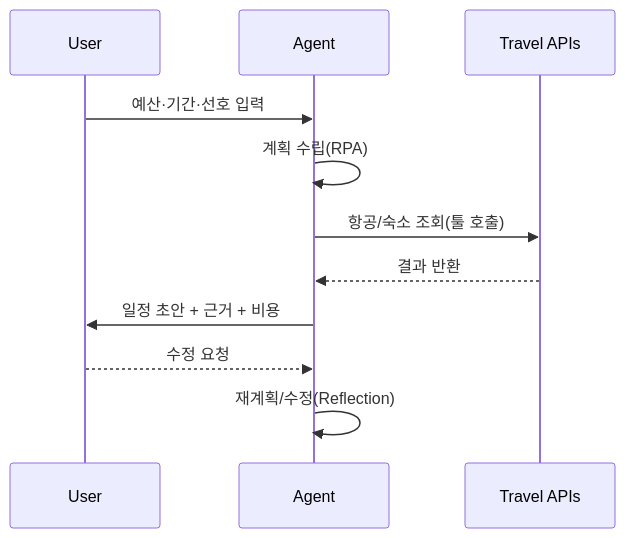
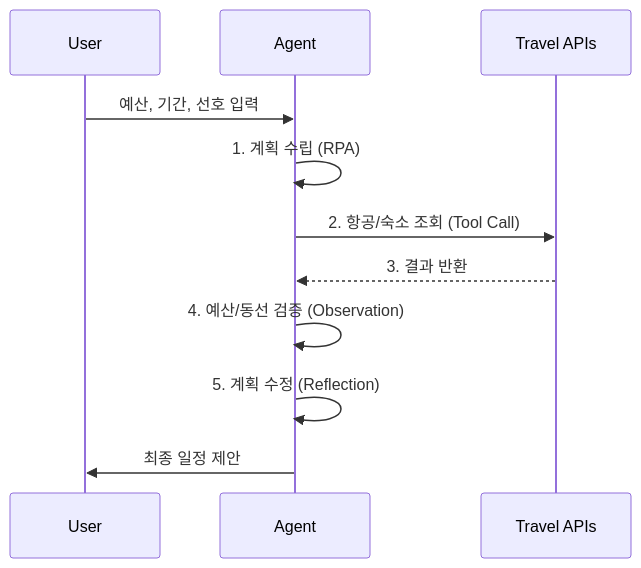
Before and after one commit to harimkang/ai-engineer-guide: the diagram in docs/5-agentic-ai/5-1-시스템-설계/agent-basics.md, drawn with Mermaid. The commit also changed other lines of this file and 28 other files, not shown here.

````diff
--- a/docs/5-agentic-ai/5-1-시스템-설계/agent-basics.md
+++ b/docs/5-agentic-ai/5-1-시스템-설계/agent-basics.md
@@ -49,13 +57,13 @@
 ```mermaid
 sequenceDiagram
   participant U as User
   participant A as Agent
   participant API as Travel APIs
-  U->>A: 예산·기간·선호 입력
-  A->>A: 계획 수립(RPA)
-  A->>API: 항공/숙소 조회(툴 호출)
-  API-->>A: 결과 반환
-  A->>U: 일정 초안 + 근거 + 비용
-  U-->>A: 수정 요청
-  A->>A: 재계획/수정(Reflection)
+  U->>A: 예산, 기간, 선호 입력
+  A->>A: 1. 계획 수립 (RPA)
+  A->>API: 2. 항공/숙소 조회 (Tool Call)
+  API-->>A: 3. 결과 반환
+  A->>A: 4. 예산/동선 검증 (Observation)
+  A->>A: 5. 계획 수정 (Reflection)
+  A->>U: 최종 일정 제안
 ```
````
